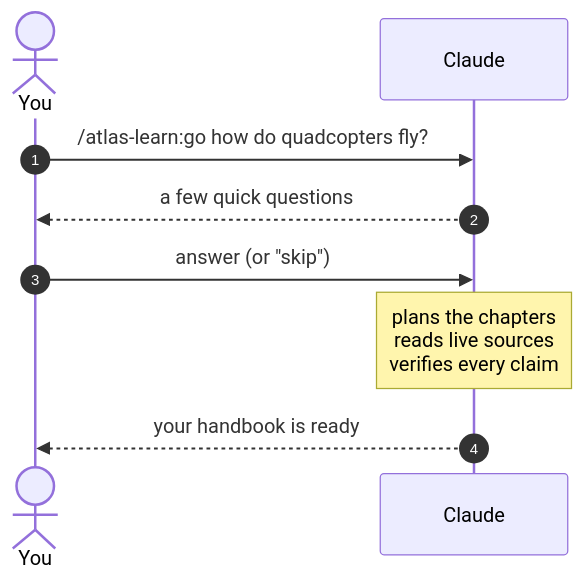
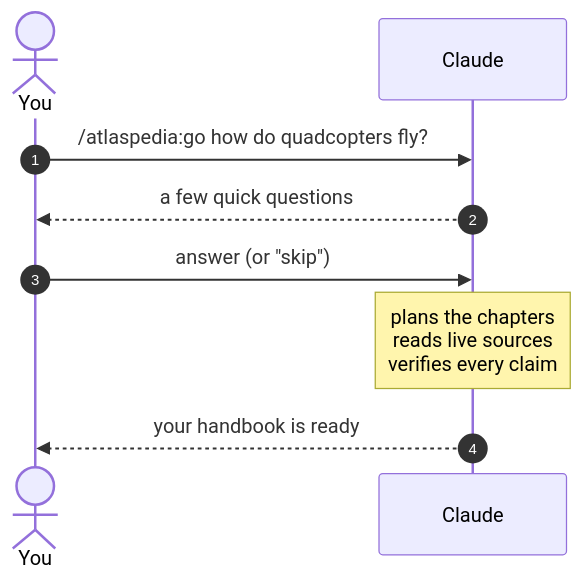
The first of 2 diagrams in README.md (voxvanhieu/atlaspedia), drawn with Mermaid before and after one commit. The commit also changed other lines of this file and 274 other files, not shown here.

````diff
--- a/README.md
+++ b/README.md
@@ -27,11 +27,11 @@
 ```mermaid
 sequenceDiagram
     autonumber
     actor U as You
     participant C as Claude
-    U->>C: /atlas-learn:go how do quadcopters fly?
+    U->>C: /atlaspedia:go how do quadcopters fly?
     C-->>U: a few quick questions
     U->>C: answer (or "skip")
     Note over C: plans the chapters<br/>reads live sources<br/>verifies every claim
     C-->>U: your handbook is ready
 ```
````
